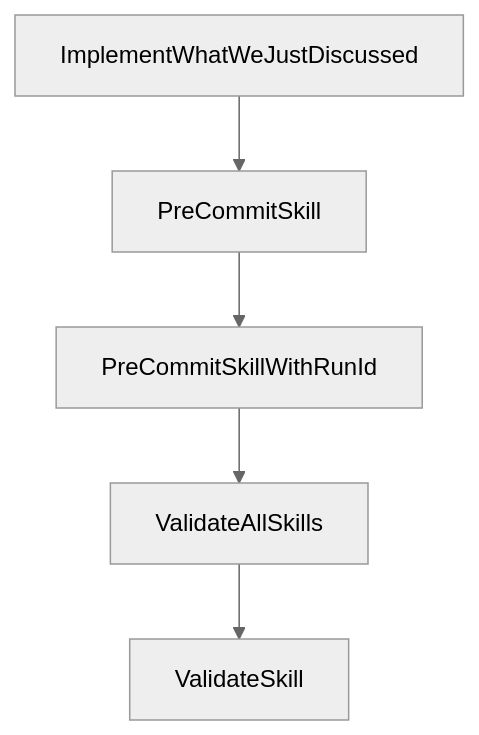
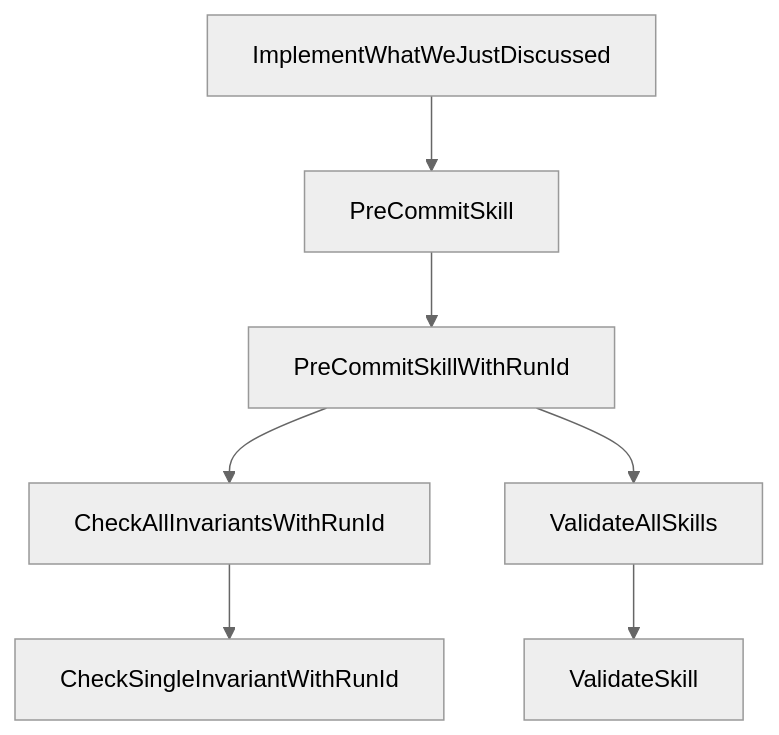
The diagram in .ai/VIZ.md (dkorolev/theloop), drawn with Mermaid (neutral theme) before and after one commit. The commit also changed other lines of this file and 10 other files, not shown here.

First line of the commit message:
Extract invariant checking into CheckAllInvariantsWithRunId and CheckSingleInvariantWithRunId.

````diff
--- a/.ai/VIZ.md
+++ b/.ai/VIZ.md
@@ -28,7 +32,9 @@
 ```mermaid
 graph TD
     ImplementWhatWeJustDiscussed["ImplementWhatWeJustDiscussed"] --> PreCommitSkill["PreCommitSkill"]
     PreCommitSkill --> PreCommitSkillWithRunId["PreCommitSkillWithRunId"]
+    PreCommitSkillWithRunId --> CheckAllInvariantsWithRunId["CheckAllInvariantsWithRunId"]
     PreCommitSkillWithRunId --> ValidateAllSkills["ValidateAllSkills"]
+    CheckAllInvariantsWithRunId --> CheckSingleInvariantWithRunId["CheckSingleInvariantWithRunId"]
     ValidateAllSkills --> ValidateSkill["ValidateSkill"]
 ```
````
